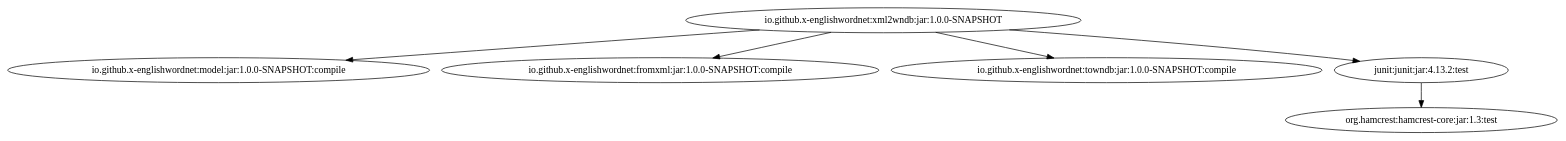
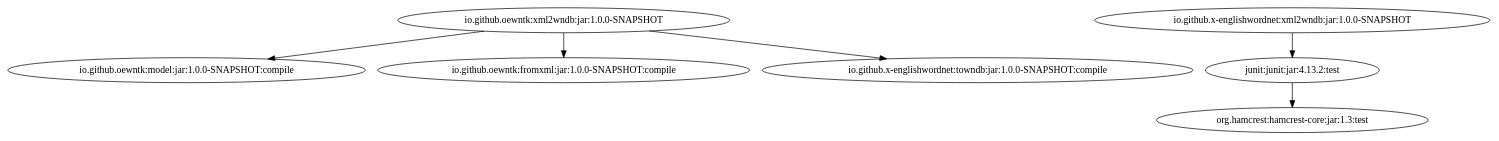
Before and after one commit to oewntk/grind_xml2wndb: the diagram in images/grind-xml2wndb.dot, drawn with Graphviz. The commit also changed 2 other files, not shown here.

```diff
--- a/images/grind-xml2wndb.dot
+++ b/images/grind-xml2wndb.dot
@@ -1,7 +1,7 @@
-digraph "io.github.x-englishwordnet:xml2wndb:jar:1.0.0-SNAPSHOT" { 
-	"io.github.x-englishwordnet:xml2wndb:jar:1.0.0-SNAPSHOT" -> "io.github.x-englishwordnet:model:jar:1.0.0-SNAPSHOT:compile" ; 
-	"io.github.x-englishwordnet:xml2wndb:jar:1.0.0-SNAPSHOT" -> "io.github.x-englishwordnet:fromxml:jar:1.0.0-SNAPSHOT:compile" ; 
-	"io.github.x-englishwordnet:xml2wndb:jar:1.0.0-SNAPSHOT" -> "io.github.x-englishwordnet:towndb:jar:1.0.0-SNAPSHOT:compile" ; 
+digraph "io.github.oewntk:xml2wndb:jar:1.0.0-SNAPSHOT" {
+	"io.github.oewntk:xml2wndb:jar:1.0.0-SNAPSHOT" -> "io.github.oewntk:model:jar:1.0.0-SNAPSHOT:compile" ;
+	"io.github.oewntk:xml2wndb:jar:1.0.0-SNAPSHOT" -> "io.github.oewntk:fromxml:jar:1.0.0-SNAPSHOT:compile" ;
+	"io.github.oewntk:xml2wndb:jar:1.0.0-SNAPSHOT" -> "io.github.x-englishwordnet:towndb:jar:1.0.0-SNAPSHOT:compile" ;
 	"io.github.x-englishwordnet:xml2wndb:jar:1.0.0-SNAPSHOT" -> "junit:junit:jar:4.13.2:test" ; 
 	"junit:junit:jar:4.13.2:test" -> "org.hamcrest:hamcrest-core:jar:1.3:test" ; 
  } 
```
